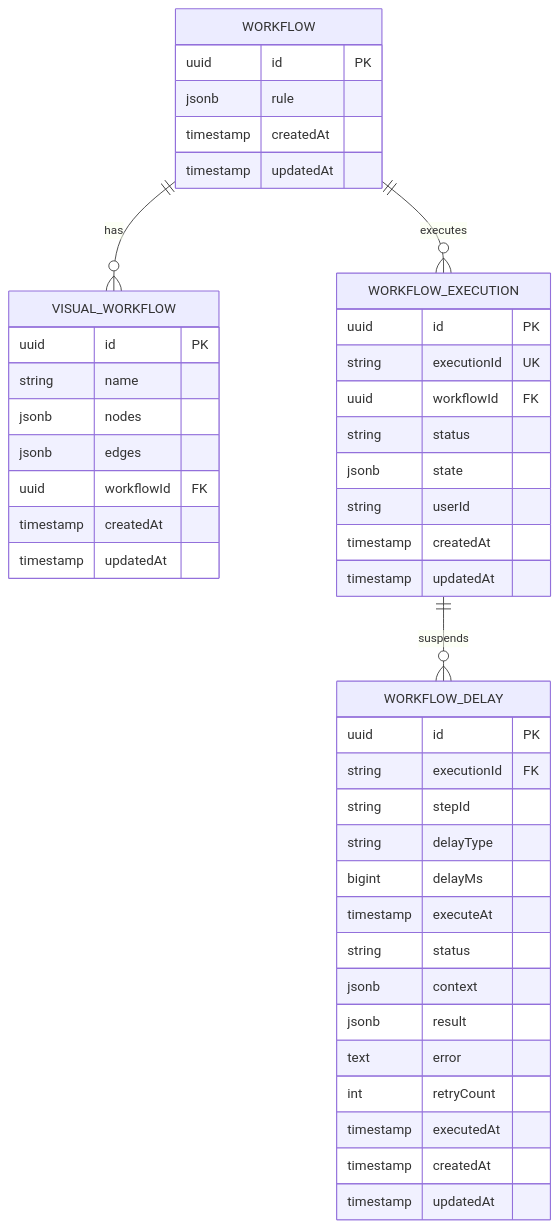
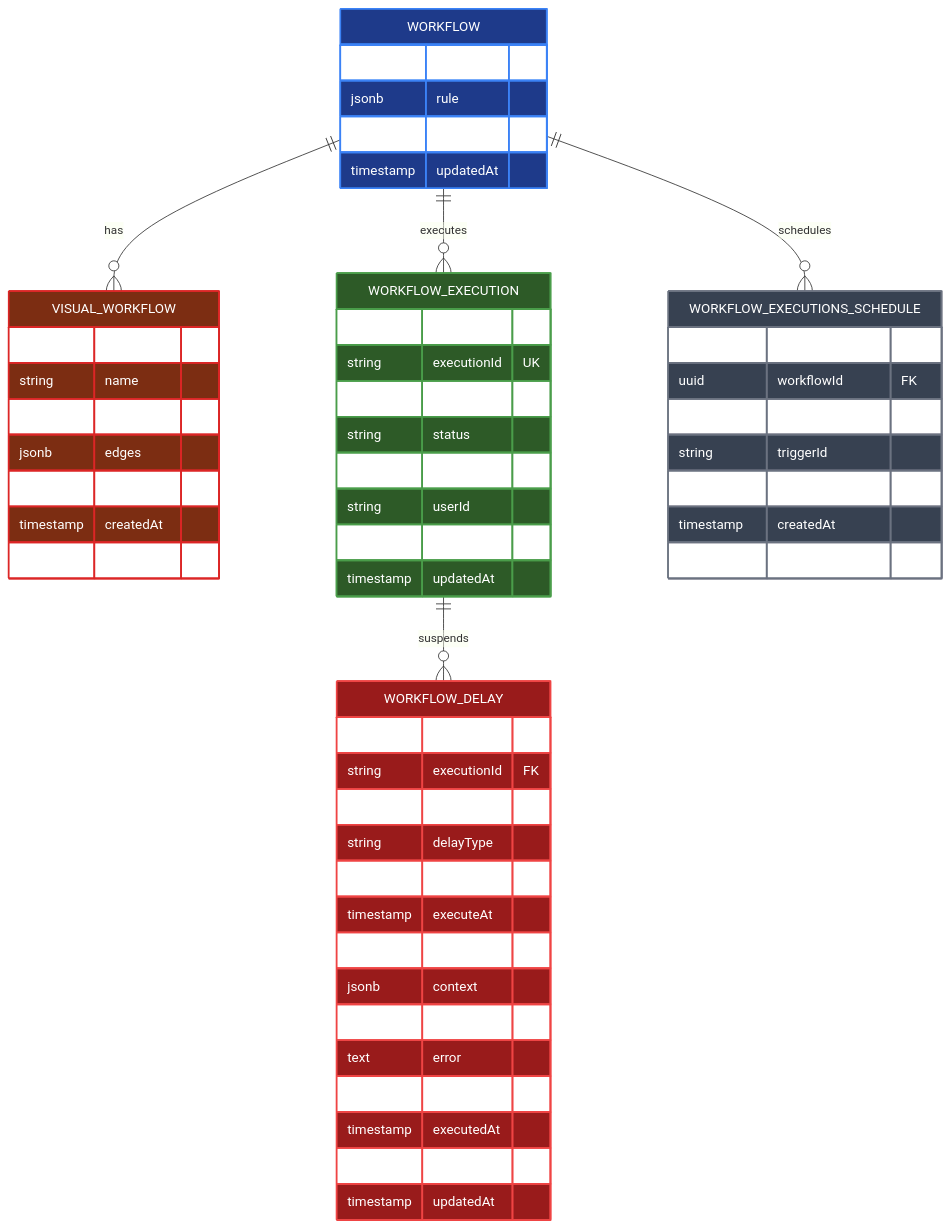
Before and after one commit to mdasrafkhan/workflow-me: the fourth of 7 diagrams in README.md, drawn with Mermaid. The commit also changed other lines of this file and 37 other files, not shown here.

Commit message:
Enhance workflow management and execution capabilities

````diff
--- a/README.md
+++ b/README.md
@@ -136,51 +220,75 @@
 ```mermaid
 erDiagram
     WORKFLOW ||--o{ VISUAL_WORKFLOW : "has"
     WORKFLOW ||--o{ WORKFLOW_EXECUTION : "executes"
     WORKFLOW_EXECUTION ||--o{ WORKFLOW_DELAY : "suspends"
+    WORKFLOW ||--o{ WORKFLOW_EXECUTIONS_SCHEDULE : "schedules"
 
     WORKFLOW {
         uuid id PK
         jsonb rule
         timestamp createdAt
         timestamp updatedAt
     }
 
     VISUAL_WORKFLOW {
         uuid id PK
         string name
         jsonb nodes
         jsonb edges
         uuid workflowId FK
         timestamp createdAt
         timestamp updatedAt
     }
 
     WORKFLOW_EXECUTION {
         uuid id PK
         string executionId UK
         uuid workflowId FK
         string status
         jsonb state
         string userId
         timestamp createdAt
         timestamp updatedAt
     }
 
     WORKFLOW_DELAY {
         uuid id PK
         string executionId FK
         string stepId
         string delayType
         bigint delayMs
         timestamp executeAt
         string status
         jsonb context
         jsonb result
         text error
         int retryCount
         timestamp executedAt
         timestamp createdAt
         timestamp updatedAt
     }
+
+    WORKFLOW_EXECUTIONS_SCHEDULE {
+        uuid id PK
+        uuid workflowId FK
+        string triggerType
+        string triggerId
+        timestamp lastExecutedAt
+        timestamp createdAt
+        timestamp updatedAt
+    }
+
+    %% Styling
+    classDef core fill:#1e3a8a,stroke:#3b82f6,stroke-width:2px,color:#ffffff
+    classDef visual fill:#7c2d12,stroke:#dc2626,stroke-width:2px,color:#ffffff
+    classDef execution fill:#2d5a27,stroke:#4a9d4a,stroke-width:2px,color:#ffffff
+    classDef delay fill:#991b1b,stroke:#ef4444,stroke-width:2px,color:#ffffff
+    classDef schedule fill:#374151,stroke:#6b7280,stroke-width:2px,color:#ffffff
+
+    class WORKFLOW core
+    class VISUAL_WORKFLOW visual
+    class WORKFLOW_EXECUTION execution
+    class WORKFLOW_DELAY delay
+    class WORKFLOW_EXECUTIONS_SCHEDULE schedule
 ```
````
